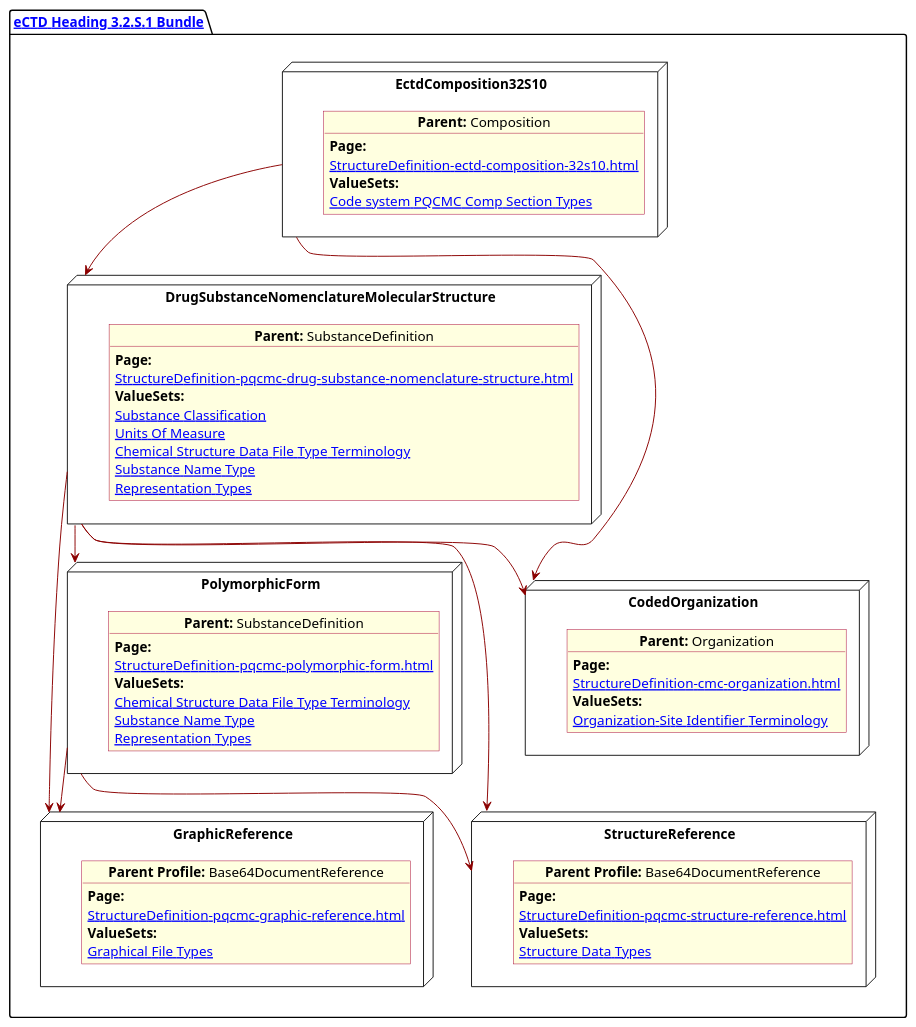
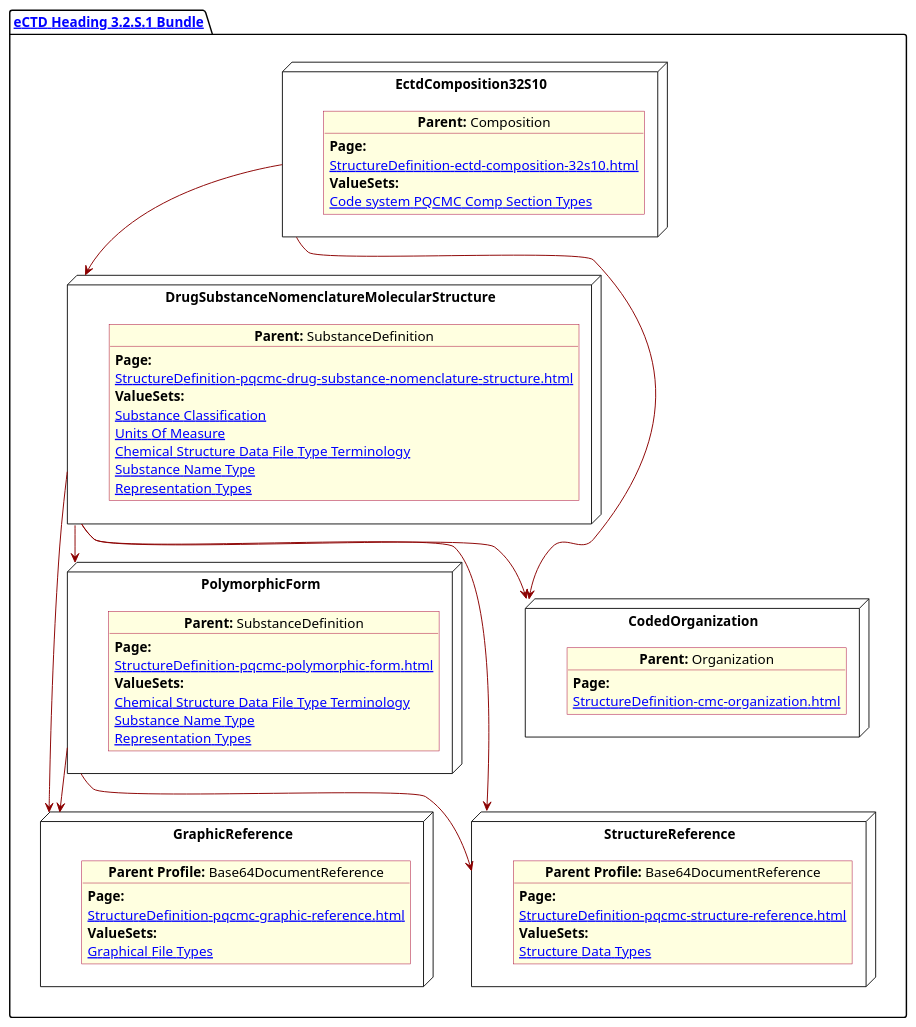
One commit to HL7/FHIR-us-pq-cmc-fda changed the diagram in input/images-source/SubstanceGeneral.plantuml. Above: the diagram before and after it, drawn with PlantUML. The commit also changed 140 other files, not shown here.

```diff
--- a/input/images-source/SubstanceGeneral.plantuml
+++ b/input/images-source/SubstanceGeneral.plantuml
@@ -1,88 +1,86 @@
 @startuml SubstanceGeneral
 allowmixing
 'Mixed model of use case and object
 skinparam svgDimensionStyle false
 skinparam ObjectBackgroundColor LightYellow
 skinparam ObjectBorderColor #A80036
 skinparam activityDiamondBorderColor #A80036
 skinparam activityDiamondBackgroundColor lawnGreen
 skinparam ClassBorderThickness 4
 
 package "[[StructureDefinition-cmc-ectd-document-32s10.html eCTD Heading 3.2.S.1 Bundle]]" as NODES {
 
   node "DrugSubstanceNomenclatureMolecularStructure" as NN {
 
     object "**Parent:** SubstanceDefinition" as obj3 {
       **Page:**
       [[StructureDefinition-pqcmc-drug-substance-nomenclature-structure.html]]
       **ValueSets:**
       [[ValueSet-substance-classification.html Substance Classification]]
       [[ValueSet-pqcmc-units-of-measure.html Units Of Measure]]
       [[ValueSet-pqcmc-chemical-structure-datafile-type-terminology.html Chemical Structure Data File Type Terminology]]
       [[ValueSet-pqcmc-substance-name-type.html Substance Name Type]]
       [[ValueSet-pqcmc-representation-types.html Representation Types]]
     }
   }
 
   node "EctdComposition32S10" as N1 {
 
     object "**Parent:** Composition" as obj1 {
       **Page:**
       [[StructureDefinition-ectd-composition-32s10.html]]
       **ValueSets:**
       [[ValueSet-cmc-comp-section-types-vs.html Code system PQCMC Comp Section Types]]
     }
 
   }
   node "PolymorphicForm" as N2 {
 
     object "**Parent:** SubstanceDefinition" as obj2 {
       **Page:**
       [[StructureDefinition-pqcmc-polymorphic-form.html]]
       **ValueSets:**
       [[ValueSet-pqcmc-chemical-structure-datafile-type-terminology.html Chemical Structure Data File Type Terminology]]
       [[ValueSet-pqcmc-substance-name-type.html Substance Name Type]]
       [[ValueSet-pqcmc-representation-types.html Representation Types]]
     }
   }
   node "CodedOrganization" as NSO {
 
     object "**Parent:** Organization" as objAu {
       **Page:**
       [[StructureDefinition-cmc-organization.html]]
-      **ValueSets:**
-      [[ValueSet-pqcmc-org-identifier-type-terminology.html Organization-Site Identifier Terminology]]
     }
   }
 
   node "GraphicReference" as NB64 {
 
     object "**Parent Profile:** Base64DocumentReference"  as obj64 {
       **Page:**
       [[StructureDefinition-pqcmc-graphic-reference.html]]
       **ValueSets:**
       [[ValueSet-pqcmc-graphical-file-types.html Graphical File Types]]
     }
   }
 
   node "StructureReference" as NBstruc {
 
     object "**Parent Profile:** Base64DocumentReference"  as objb64 {
       **Page:**
       [[StructureDefinition-pqcmc-structure-reference.html]]
       **ValueSets:**
       [[ValueSet-pqcmc-structure-data-types.html Structure Data Types]]
     }
   }
 }
 
 N1 -[#darkred]-> NN
 NN -[#darkred]-> N2
 NN -[#darkred]-> NB64
 NN -[#darkred]-> NBstruc
 N2 -[#darkred]-> NB64
 N2 -[#darkred]-> NBstruc
 N1 -[#darkred]-> NSO
 NN -[#darkred]-> NSO
 }
 @enduml
```
